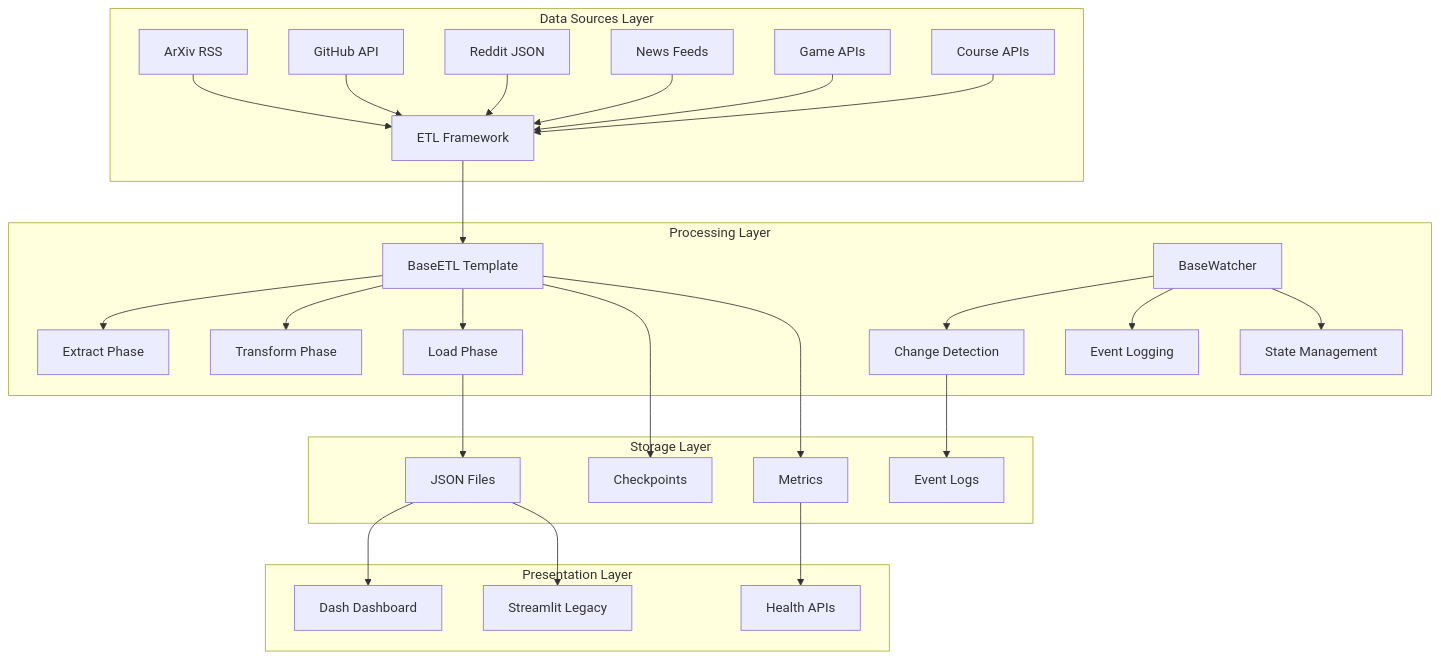
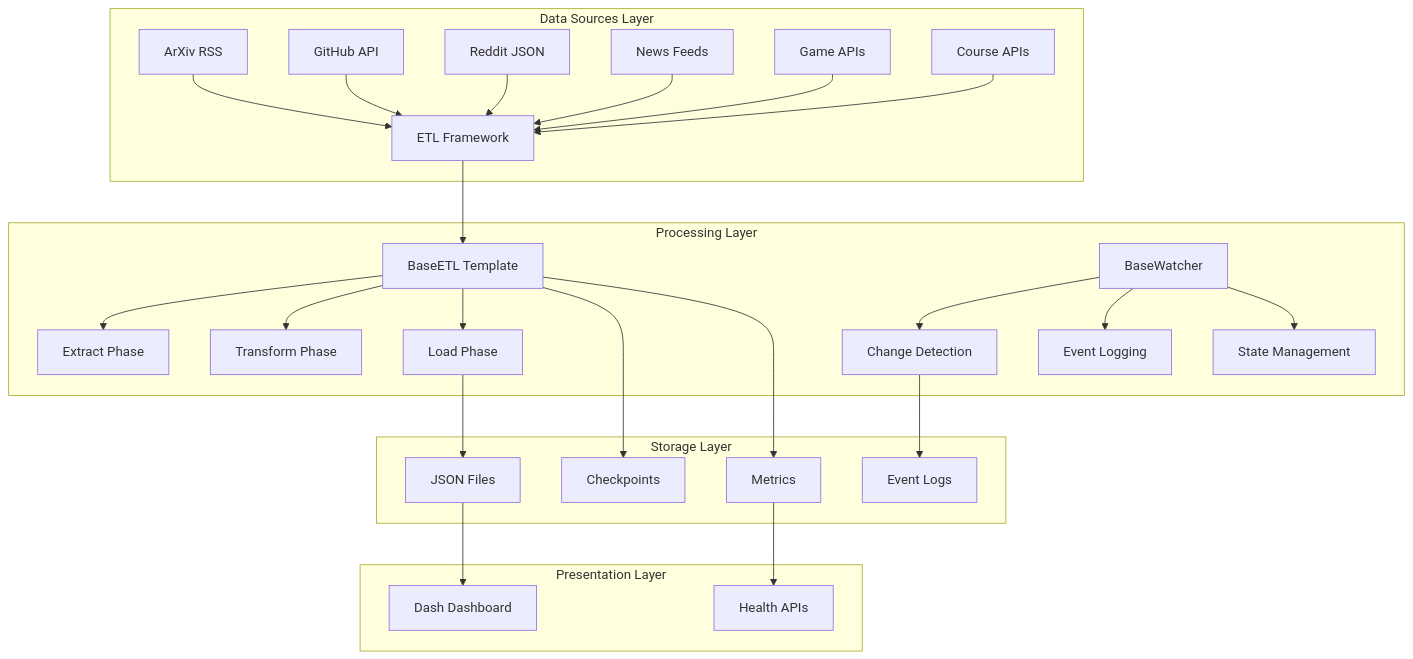
One commit to josmerod/watchtower changed the diagram in docs/technical/ARCHITECTURE_OVERVIEW.md. Above: the diagram before and after it, drawn with Mermaid. The commit also changed 10 other files, not shown here.

````diff
--- a/docs/technical/ARCHITECTURE_OVERVIEW.md
+++ b/docs/technical/ARCHITECTURE_OVERVIEW.md
@@ -7,42 +7,40 @@
 ```mermaid
 graph TB
     subgraph "Data Sources Layer"
         A[ArXiv RSS] --> D[ETL Framework]
         B[GitHub API] --> D
         C[Reddit JSON] --> D
         E[News Feeds] --> D
         F[Game APIs] --> D
         G[Course APIs] --> D
     end
 
     subgraph "Processing Layer"
         D --> H[BaseETL Template]
         H --> I[Extract Phase]
         H --> J[Transform Phase]
         H --> K[Load Phase]
         L[BaseWatcher] --> M[Change Detection]
         L --> N[Event Logging]
         L --> O[State Management]
     end
 
     subgraph "Storage Layer"
         P[JSON Files]
         Q[Checkpoints]
         R[Event Logs]
         S[Metrics]
     end
 
     subgraph "Presentation Layer"
         T[Dash Dashboard]
         U[Health APIs]
-        V[Streamlit Legacy]
     end
 
     K --> P
     M --> R
     H --> Q
     H --> S
     P --> T
     S --> U
-    P --> V
 ```
````
